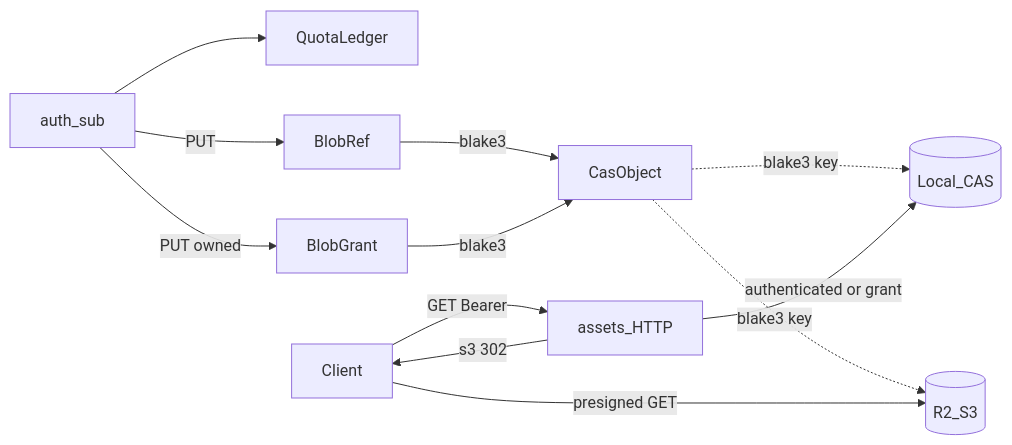
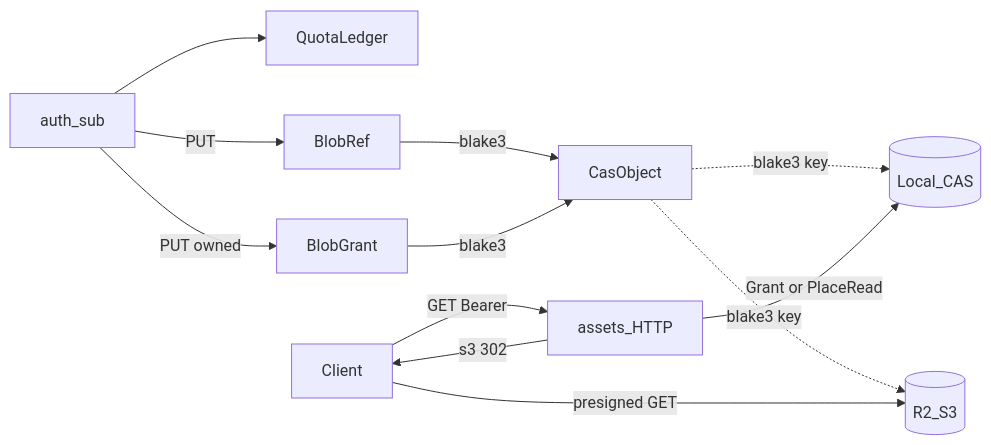
Before and after one commit to FRICK-ELDY/alchemy: the diagram in .workspace/0_doc/architecture/assets-server.md, drawn with Mermaid. The commit also changed other lines of this file and 13 other files, not shown here.

Commit message:
feat(x006c): BlobGrant 案 B — GET 常時 Grant/PlaceRead

````diff
--- a/.workspace/0_doc/architecture/assets-server.md
+++ b/.workspace/0_doc/architecture/assets-server.md
@@ -97,14 +97,14 @@
 ```mermaid
 flowchart LR
   UserRef[auth_sub] --> QuotaLedger
   UserRef -->|"PUT"| BlobRef
   UserRef -->|"PUT owned"| BlobGrant
   BlobRef -->|"blake3"| CasObject
   BlobGrant -->|"blake3"| CasObject
   CasObject -.->|"blake3 key"| CASLocal[(Local_CAS)]
   CasObject -.->|"blake3 key"| CASR2[(R2_S3)]
   Client -->|"GET Bearer"| API[assets_HTTP]
-  API -->|"authenticated or grant"| CASLocal
+  API -->|"Grant or PlaceRead"| CASLocal
   API -->|"s3 302"| Client
   Client -->|"presigned GET"| CASR2
 ```
````
